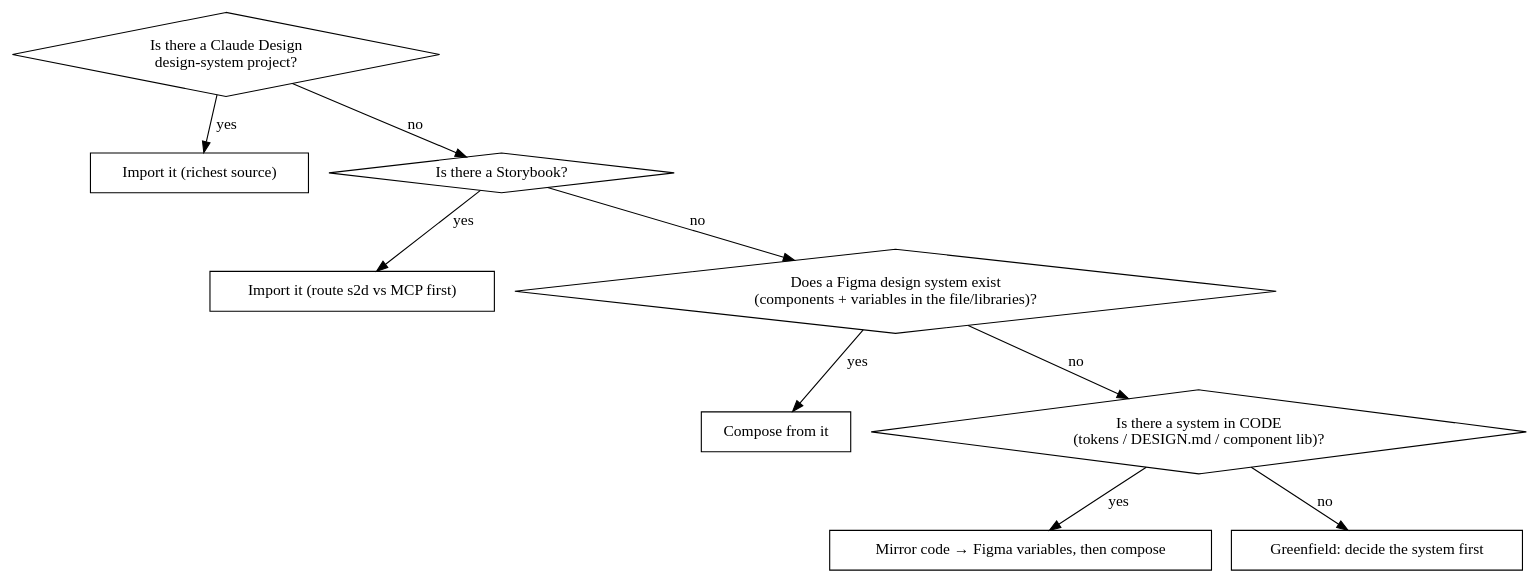
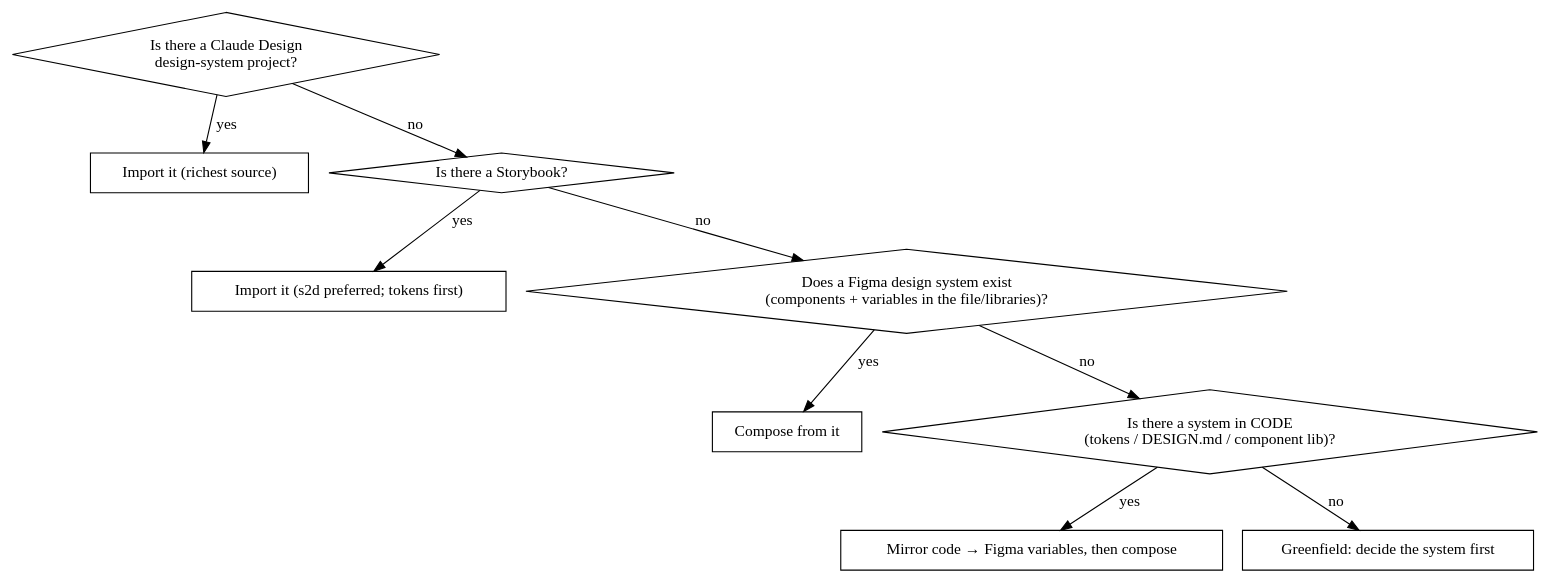
Before and after one commit to Studio-Moser/skills-n-stuff: the diagram in plugins/figma-design/skills/designing-in-figma/SKILL.md, drawn with Graphviz. The commit also changed other lines of this file and 9 other files, not shown here.

````diff
--- a/plugins/figma-design/skills/designing-in-figma/SKILL.md
+++ b/plugins/figma-design/skills/designing-in-figma/SKILL.md
@@ -76,22 +76,22 @@
 ```dot
 digraph branch {
   "Is there a Claude Design\ndesign-system project?" [shape=diamond];
   "Import it (richest source)" [shape=box];
   "Is there a Storybook?" [shape=diamond];
-  "Import it (route s2d vs MCP first)" [shape=box];
+  "Import it (s2d preferred; tokens first)" [shape=box];
   "Does a Figma design system exist\n(components + variables in the file/libraries)?" [shape=diamond];
   "Compose from it" [shape=box];
   "Is there a system in CODE\n(tokens / DESIGN.md / component lib)?" [shape=diamond];
   "Mirror code → Figma variables, then compose" [shape=box];
   "Greenfield: decide the system first" [shape=box];
 
   "Is there a Claude Design\ndesign-system project?" -> "Import it (richest source)" [label="yes"];
   "Is there a Claude Design\ndesign-system project?" -> "Is there a Storybook?" [label="no"];
-  "Is there a Storybook?" -> "Import it (route s2d vs MCP first)" [label="yes"];
+  "Is there a Storybook?" -> "Import it (s2d preferred; tokens first)" [label="yes"];
   "Is there a Storybook?" -> "Does a Figma design system exist\n(components + variables in the file/libraries)?" [label="no"];
   "Does a Figma design system exist\n(components + variables in the file/libraries)?" -> "Compose from it" [label="yes"];
   "Does a Figma design system exist\n(components + variables in the file/libraries)?" -> "Is there a system in CODE\n(tokens / DESIGN.md / component lib)?" [label="no"];
   "Is there a system in CODE\n(tokens / DESIGN.md / component lib)?" -> "Mirror code → Figma variables, then compose" [label="yes"];
   "Is there a system in CODE\n(tokens / DESIGN.md / component lib)?" -> "Greenfield: decide the system first" [label="no"];
 }
 ```
````
